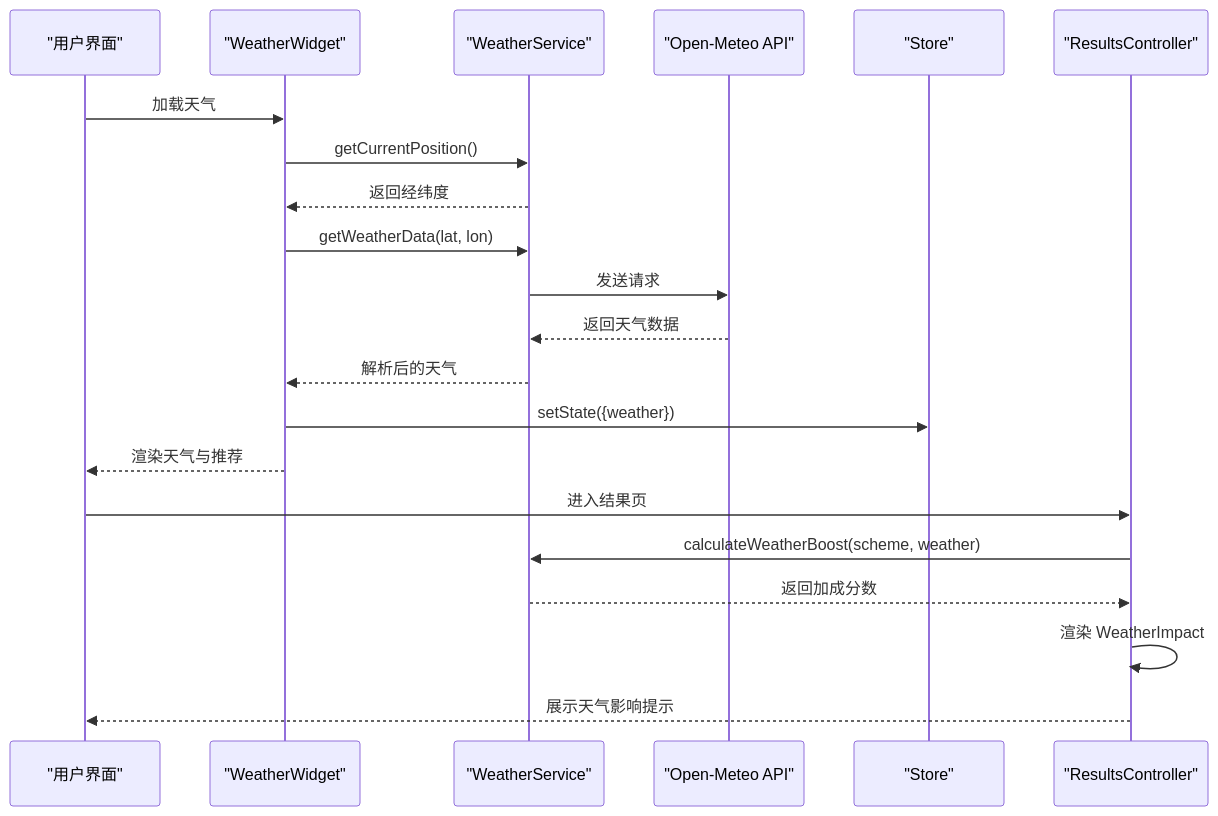
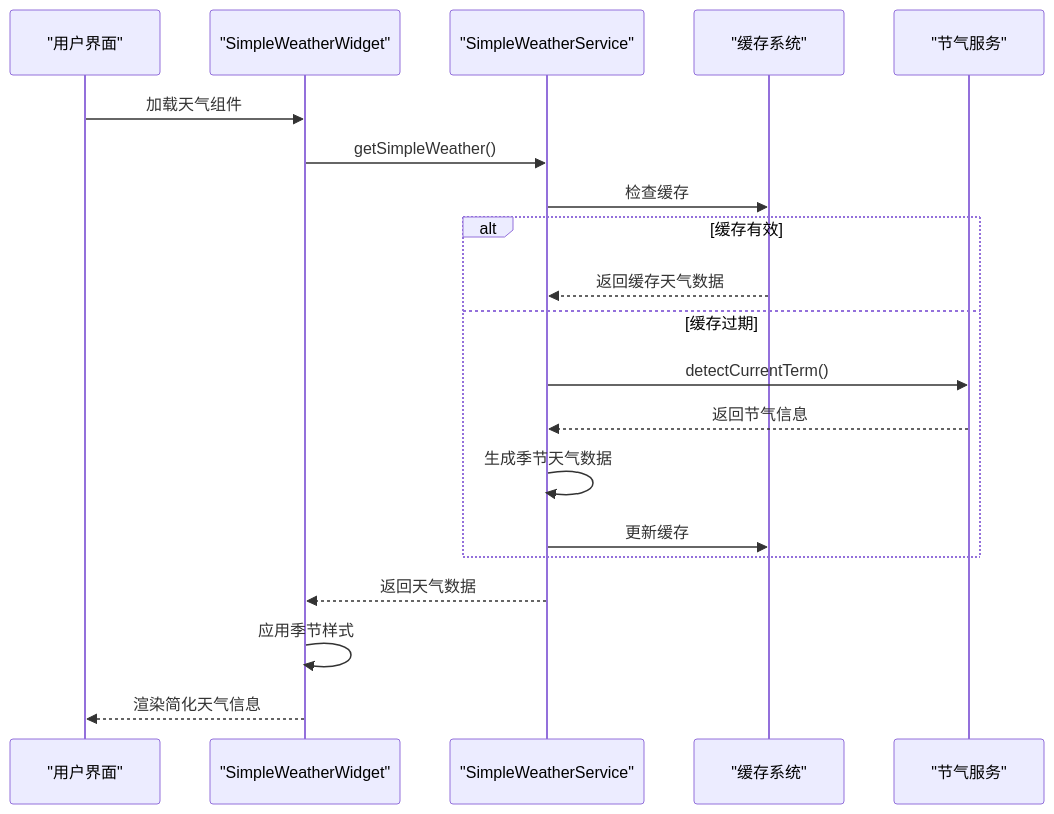
One commit to jeankeim/wuxing-fashion changed the second of 5 diagrams in .qoder/repowiki/zh/content/服务层设计/天气服务模块.md. Above: the diagram before and after it, drawn with Mermaid. The commit also changed other lines of this file and 27 other files, not shown here.

````diff
--- a/.qoder/repowiki/zh/content/服务层设计/天气服务模块.md
+++ b/.qoder/repowiki/zh/content/服务层设计/天气服务模块.md
@@ -132,23 +136,22 @@
 ```mermaid
 sequenceDiagram
 participant UI as "用户界面"
-participant Widget as "WeatherWidget"
-participant Service as "WeatherService"
-participant API as "Open-Meteo API"
-participant Store as "Store"
-participant Controller as "ResultsController"
-UI->>Widget : 加载天气
-Widget->>Service : getCurrentPosition()
-Service-->>Widget : 返回经纬度
-Widget->>Service : getWeatherData(lat, lon)
-Service->>API : 发送请求
-API-->>Service : 返回天气数据
-Service-->>Widget : 解析后的天气
-Widget->>Store : setState({weather})
-Widget-->>UI : 渲染天气与推荐
-UI->>Controller : 进入结果页
-Controller->>Service : calculateWeatherBoost(scheme, weather)
-Service-->>Controller : 返回加成分数
-Controller->>Controller : 渲染 WeatherImpact
-Controller-->>UI : 展示天气影响提示
+participant Widget as "SimpleWeatherWidget"
+participant Service as "SimpleWeatherService"
+participant Cache as "缓存系统"
+participant Terms as "节气服务"
+UI->>Widget : 加载天气组件
+Widget->>Service : getSimpleWeather()
+Service->>Cache : 检查缓存
+alt 缓存有效
+Cache-->>Service : 返回缓存天气数据
+else 缓存过期
+Service->>Terms : detectCurrentTerm()
+Terms-->>Service : 返回节气信息
+Service->>Service : 生成季节天气数据
+Service->>Cache : 更新缓存
+end
+Service-->>Widget : 返回天气数据
+Widget->>Widget : 应用季节样式
+Widget-->>UI : 渲染简化天气信息
 ```
````
